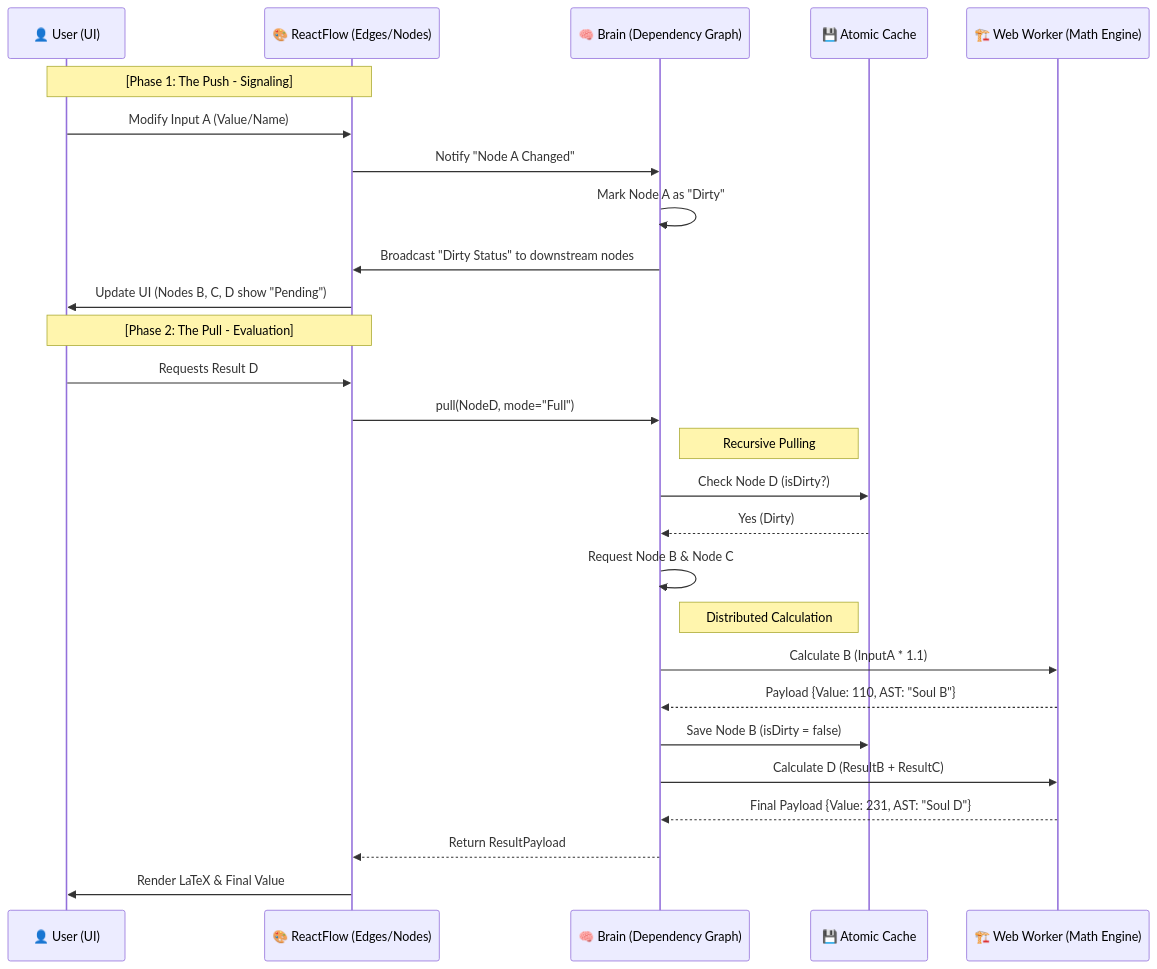
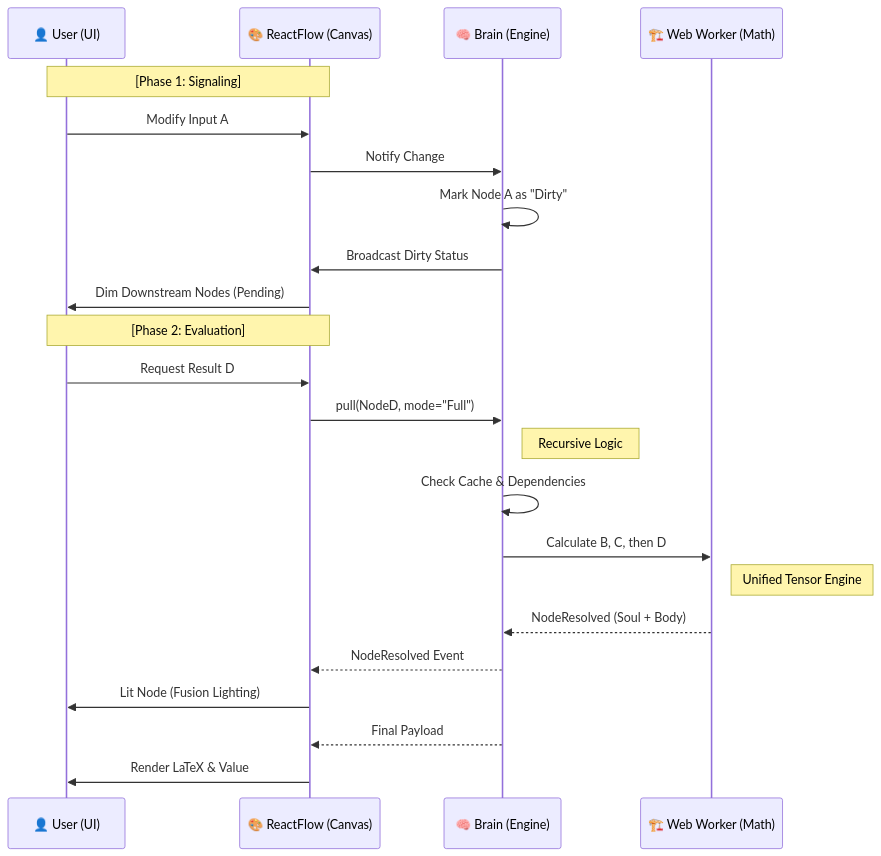
One commit to xhang1108/input-output changed the diagram in ENGINE_ARCHITECTURE.md. Above: the diagram before and after it, drawn with Mermaid. The commit also changed other lines of this file and 2 other files, not shown here.

````diff
--- a/ENGINE_ARCHITECTURE.md
+++ b/ENGINE_ARCHITECTURE.md
@@ -49,35 +23,30 @@
 ```mermaid
 sequenceDiagram
     participant User as 👤 User (UI)
-    participant RF as 🎨 ReactFlow (Edges/Nodes)
-    participant Engine as 🧠 Brain (Dependency Graph)
-    participant Cache as 💾 Atomic Cache
-    participant Worker as 🏗️ Web Worker (Math Engine)
+    participant RF as 🎨 ReactFlow (Canvas)
+    participant Engine as 🧠 Brain (Engine)
+    participant Worker as 🏗️ Web Worker (Math)
 
-    Note over User, RF: [Phase 1: The Push - Signaling]
-    User->>RF: Modify Input A (Value/Name)
-    RF->>Engine: Notify "Node A Changed"
+    Note over User, RF: [Phase 1: Signaling]
+    User->>RF: Modify Input A
+    RF->>Engine: Notify Change
     Engine->>Engine: Mark Node A as "Dirty"
-    Engine->>RF: Broadcast "Dirty Status" to downstream nodes
-    RF->>User: Update UI (Nodes B, C, D show "Pending")
+    Engine->>RF: Broadcast Dirty Status
+    RF->>User: Dim Downstream Nodes (Pending)
 
-    Note over User, RF: [Phase 2: The Pull - Evaluation]
-    User->>RF: Requests Result D
+    Note over User, RF: [Phase 2: Evaluation]
+    User->>RF: Request Result D
     RF->>Engine: pull(NodeD, mode="Full")
     
-    Note right of Engine: Recursive Pulling
-    Engine->>Cache: Check Node D (isDirty?)
-    Cache-->>Engine: Yes (Dirty)
-    Engine->>Engine: Request Node B & Node C
+    Note right of Engine: Recursive Logic
+    Engine->>Engine: Check Cache & Dependencies
+    Engine->>Worker: Calculate B, C, then D
     
-    Note right of Engine: Distributed Calculation
-    Engine->>Worker: Calculate B (InputA * 1.1)
-    Worker-->>Engine: Payload {Value: 110, AST: "Soul B"}
-    Engine->>Cache: Save Node B (isDirty = false)
-    
-    Engine->>Worker: Calculate D (ResultB + ResultC)
-    Worker-->>Engine: Final Payload {Value: 231, AST: "Soul D"}
+    Note right of Worker: Unified Tensor Engine
+    Worker-->>Engine: NodeResolved (Soul + Body)
+    Engine-->>RF: NodeResolved Event
+    RF->>User: Lit Node (Fusion Lighting)
 
-    Engine-->>RF: Return ResultPayload
-    RF->>User: Render LaTeX & Final Value
+    Engine-->>RF: Final Payload
+    RF->>User: Render LaTeX & Value
 ```
````
